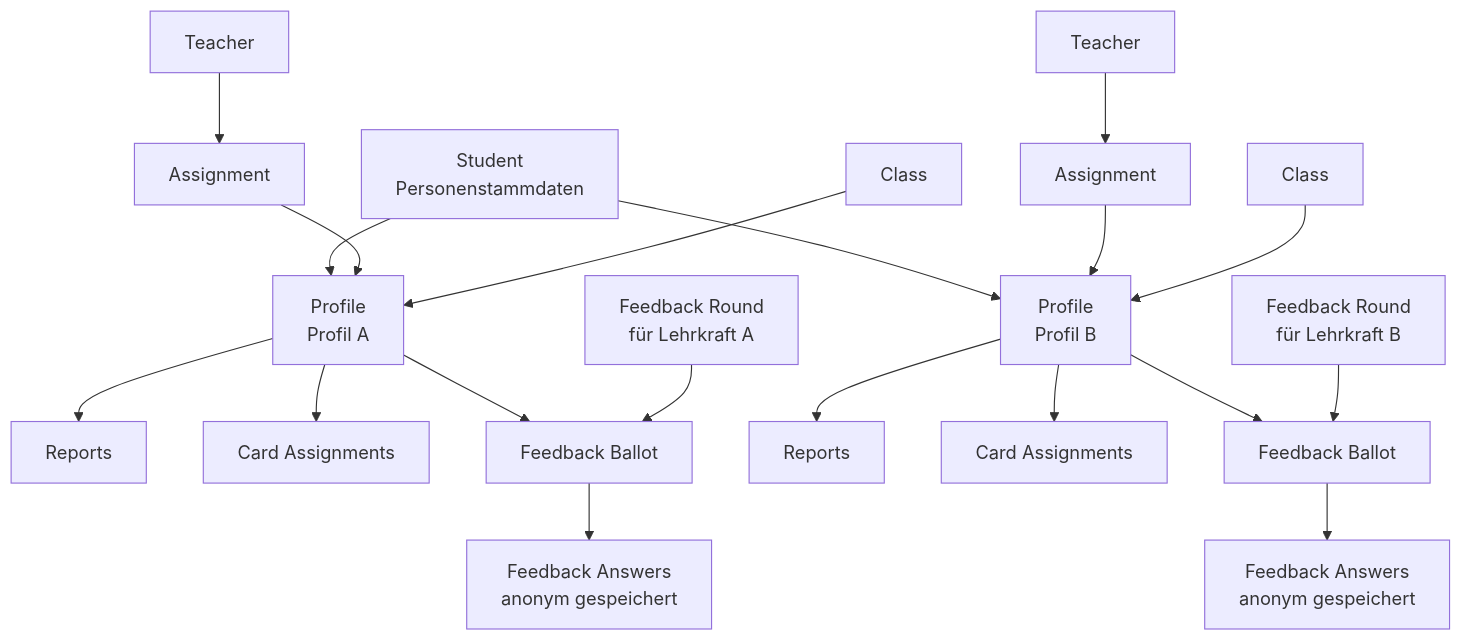
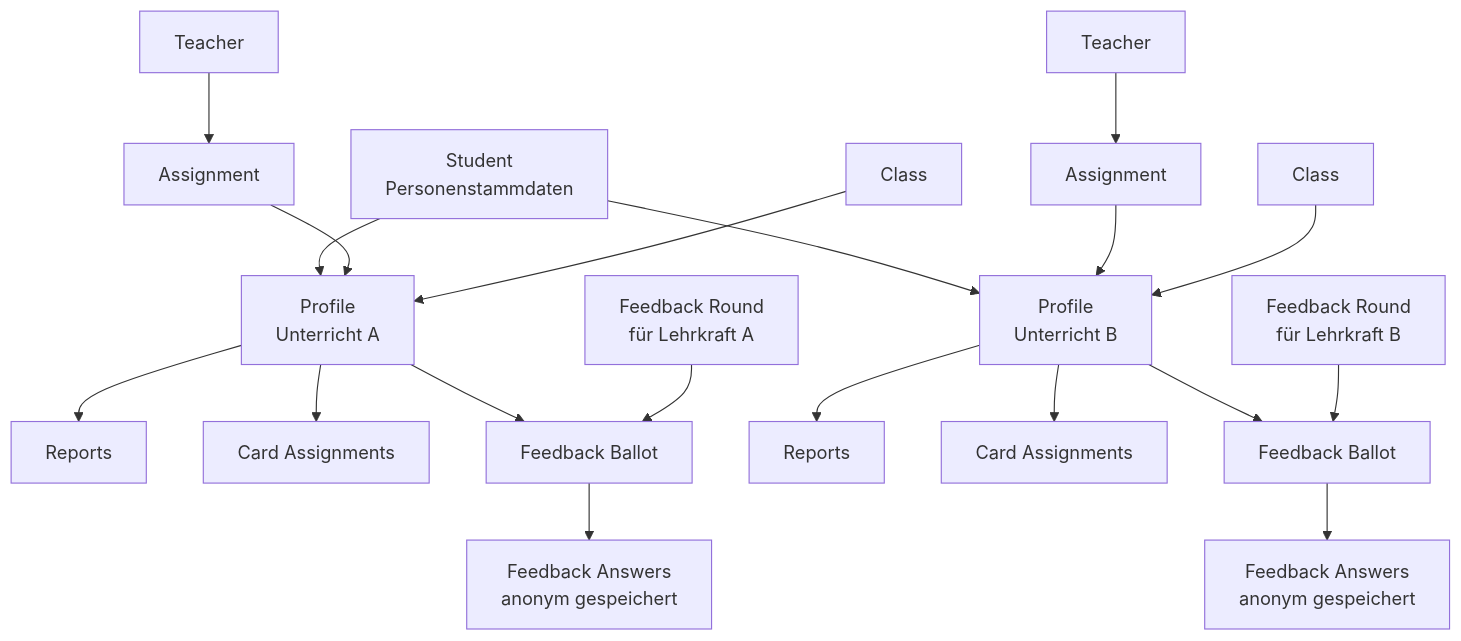
The third of 3 diagrams in README.md (marsrakete/fleisstakt), drawn with Mermaid before and after one commit. The commit also changed other lines of this file and 13 other files, not shown here.

````diff
--- a/README.md
+++ b/README.md
@@ -98,27 +139,27 @@
 ```mermaid
 flowchart TB
-    ST["Student<br/>Personenstammdaten"] --> PR1["Profile<br/>Profil A"]
-    ST --> PR2["Profile<br/>Profil B"]
+    ST["Student<br/>Personenstammdaten"] --> PR1["Profile<br/>Unterricht A"]
+    ST --> PR2["Profile<br/>Unterricht B"]
 
     TE1["Teacher"] --> AS1["Assignment"]
     TE2["Teacher"] --> AS2["Assignment"]
     AS1 --> PR1
     AS2 --> PR2
 
     CL1["Class"] --> PR1
     CL2["Class"] --> PR2
 
     PR1 --> RE1["Reports"]
     PR1 --> CA1["Card Assignments"]
     PR1 --> FB1["Feedback Ballot"]
 
     PR2 --> RE2["Reports"]
     PR2 --> CA2["Card Assignments"]
     PR2 --> FB2["Feedback Ballot"]
 
     FR1["Feedback Round<br/>für Lehrkraft A"] --> FB1
     FR2["Feedback Round<br/>für Lehrkraft B"] --> FB2
 
     FB1 --> FA1["Feedback Answers<br/>anonym gespeichert"]
     FB2 --> FA2["Feedback Answers<br/>anonym gespeichert"]
 ```
````
